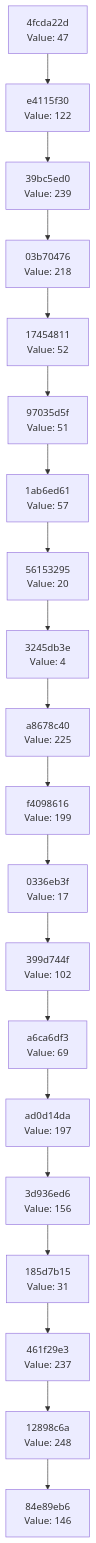
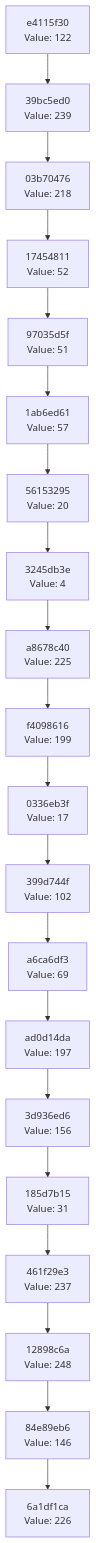
Before and after one commit to Abhisheksinha1506/hash-chain-evolver: the diagram in docs/CHAIN_VISUALIZATION.md, drawn with Mermaid. The commit also changed 2 other files, not shown here.

Commit message:
Evolution Step

````diff
--- a/docs/CHAIN_VISUALIZATION.md
+++ b/docs/CHAIN_VISUALIZATION.md
@@ -3,42 +3,42 @@
 ```mermaid
 graph TD
-    C0["84e89eb6<br/>Value: 146"]
-    C1["12898c6a<br/>Value: 248"]
+    C0["6a1df1ca<br/>Value: 226"]
+    C1["84e89eb6<br/>Value: 146"]
     C1 --> C0
-    C2["461f29e3<br/>Value: 237"]
+    C2["12898c6a<br/>Value: 248"]
     C2 --> C1
-    C3["185d7b15<br/>Value: 31"]
+    C3["461f29e3<br/>Value: 237"]
     C3 --> C2
-    C4["3d936ed6<br/>Value: 156"]
+    C4["185d7b15<br/>Value: 31"]
     C4 --> C3
-    C5["ad0d14da<br/>Value: 197"]
+    C5["3d936ed6<br/>Value: 156"]
     C5 --> C4
-    C6["a6ca6df3<br/>Value: 69"]
+    C6["ad0d14da<br/>Value: 197"]
     C6 --> C5
-    C7["399d744f<br/>Value: 102"]
+    C7["a6ca6df3<br/>Value: 69"]
     C7 --> C6
-    C8["0336eb3f<br/>Value: 17"]
+    C8["399d744f<br/>Value: 102"]
     C8 --> C7
-    C9["f4098616<br/>Value: 199"]
+    C9["0336eb3f<br/>Value: 17"]
     C9 --> C8
-    C10["a8678c40<br/>Value: 225"]
+    C10["f4098616<br/>Value: 199"]
     C10 --> C9
-    C11["3245db3e<br/>Value: 4"]
+    C11["a8678c40<br/>Value: 225"]
     C11 --> C10
-    C12["56153295<br/>Value: 20"]
+    C12["3245db3e<br/>Value: 4"]
     C12 --> C11
-    C13["1ab6ed61<br/>Value: 57"]
+    C13["56153295<br/>Value: 20"]
     C13 --> C12
-    C14["97035d5f<br/>Value: 51"]
+    C14["1ab6ed61<br/>Value: 57"]
     C14 --> C13
-    C15["17454811<br/>Value: 52"]
+    C15["97035d5f<br/>Value: 51"]
     C15 --> C14
-    C16["03b70476<br/>Value: 218"]
+    C16["17454811<br/>Value: 52"]
     C16 --> C15
-    C17["39bc5ed0<br/>Value: 239"]
+    C17["03b70476<br/>Value: 218"]
     C17 --> C16
-    C18["e4115f30<br/>Value: 122"]
+    C18["39bc5ed0<br/>Value: 239"]
     C18 --> C17
-    C19["4fcda22d<br/>Value: 47"]
+    C19["e4115f30<br/>Value: 122"]
     C19 --> C18
 ```
````
